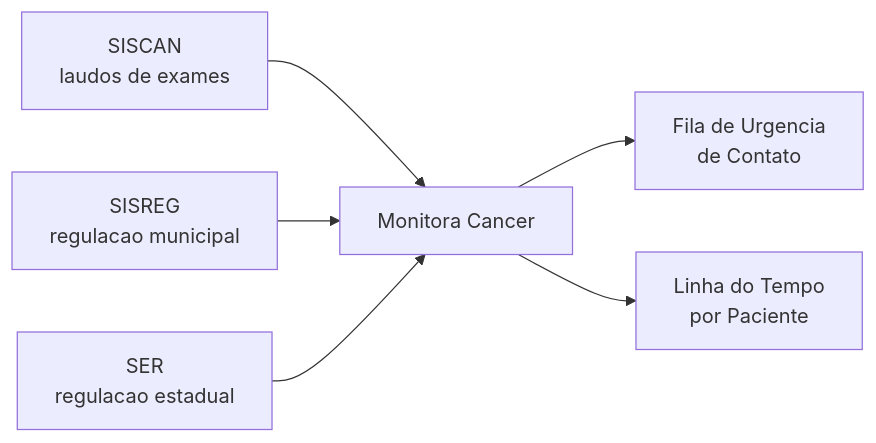
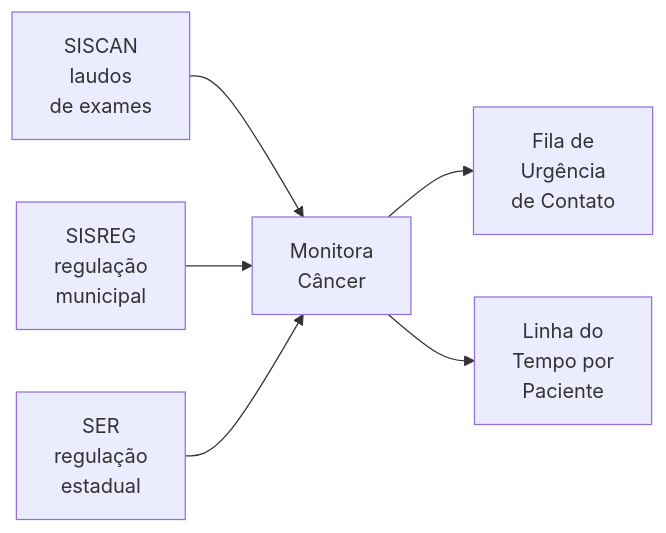
One commit to prefeitura-rio/queries-rj-sms changed the first of 3 diagrams in models/marts/subgeral/monitora_cancer/SOBRE.md. Above: the diagram before and after it, drawn with Mermaid. The commit also changed other lines of this file, not shown here.

````diff
--- a/models/marts/subgeral/monitora_cancer/SOBRE.md
+++ b/models/marts/subgeral/monitora_cancer/SOBRE.md
@@ -14,14 +14,14 @@
 ```mermaid
 flowchart LR
-    A[SISCAN<br/>laudos de exames]
-    B[SISREG<br/>regulacao municipal]
-    C[SER<br/>regulacao estadual]
-    M[Monitora Cancer]
-    D[Fila de Urgencia<br/>de Contato]
-    E[Linha do Tempo<br/>por Paciente]
+    A[SISCAN<br/>laudos<br/>de exames]
+    B[SISREG<br/>regulação<br/>municipal]
+    C[SER<br/>regulação<br/>estadual]
+    M[Monitora<br/>Câncer]
+    D[Fila de<br/>Urgência<br/>de Contato]
+    E[Linha do<br/>Tempo por<br/>Paciente]
     A --> M
     B --> M
     C --> M
     M --> D
     M --> E
 ```
````
